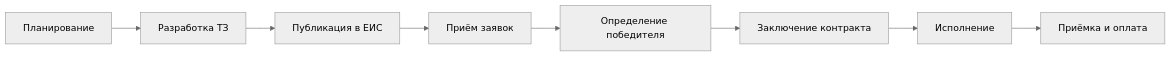
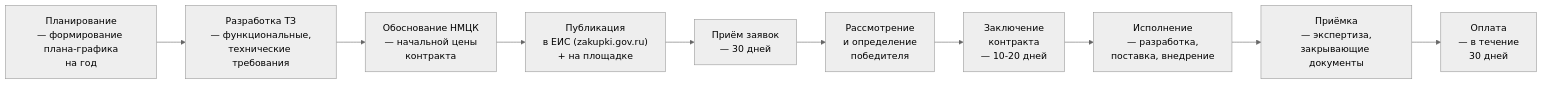
One commit to sergeyodnoval-bot/sysanalyst-kb.github.io changed the diagram in docs/specialization/govtech-procurement.md. Above: the diagram before and after it, drawn with Mermaid (neutral theme). The commit also changed other lines of this file and 13 other files, not shown here.

````diff
--- a/docs/specialization/govtech-procurement.md
+++ b/docs/specialization/govtech-procurement.md
@@ -32,10 +51,12 @@
 ```mermaid
 flowchart LR
-    P["Планирование"] --> RS["Разработка ТЗ"]
-    RS --> PUB["Публикация в ЕИС"]
-    PUB --> BID["Приём заявок"]
-    BID --> WIN["Определение победителя"]
-    WIN --> CONT["Заключение контракта"]
-    CONT --> EXEC["Исполнение"]
-    EXEC --> ACC["Приёмка и оплата"]
+    PLAN["Планирование<br/>— формирование плана-графика<br/>на год"] --> TZ["Разработка ТЗ<br/>— функциональные,<br/>технические требования"]
+    TZ --> NMCK["Обоснование НМЦК<br/>— начальной цены<br/>контракта"]
+    NMCK --> PUB["Публикация<br/>в ЕИС (zakupki.gov.ru)<br/>+ на площадке"]
+    PUB --> BID["Приём заявок<br/>— 30 дней"]
+    BID --> WIN["Рассмотрение<br/>и определение<br/>победителя"]
+    WIN --> CONT["Заключение<br/>контракта<br/>— 10-20 дней"]
+    CONT --> EXEC["Исполнение<br/>— разработка,<br/>поставка, внедрение"]
+    EXEC --> ACCEPT["Приёмка<br/>— экспертиза,<br/>закрывающие документы"]
+    ACCEPT --> PAY["Оплата<br/>— в течение<br/>30 дней"]
 ```
````
